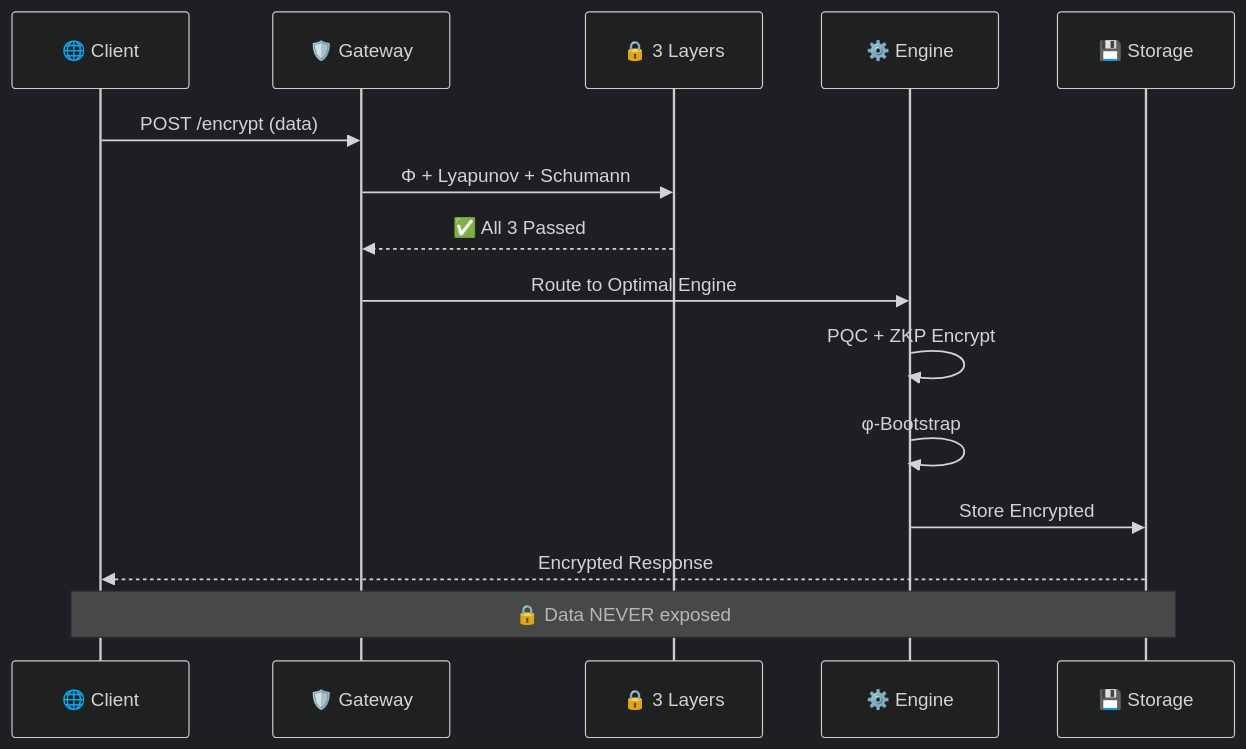
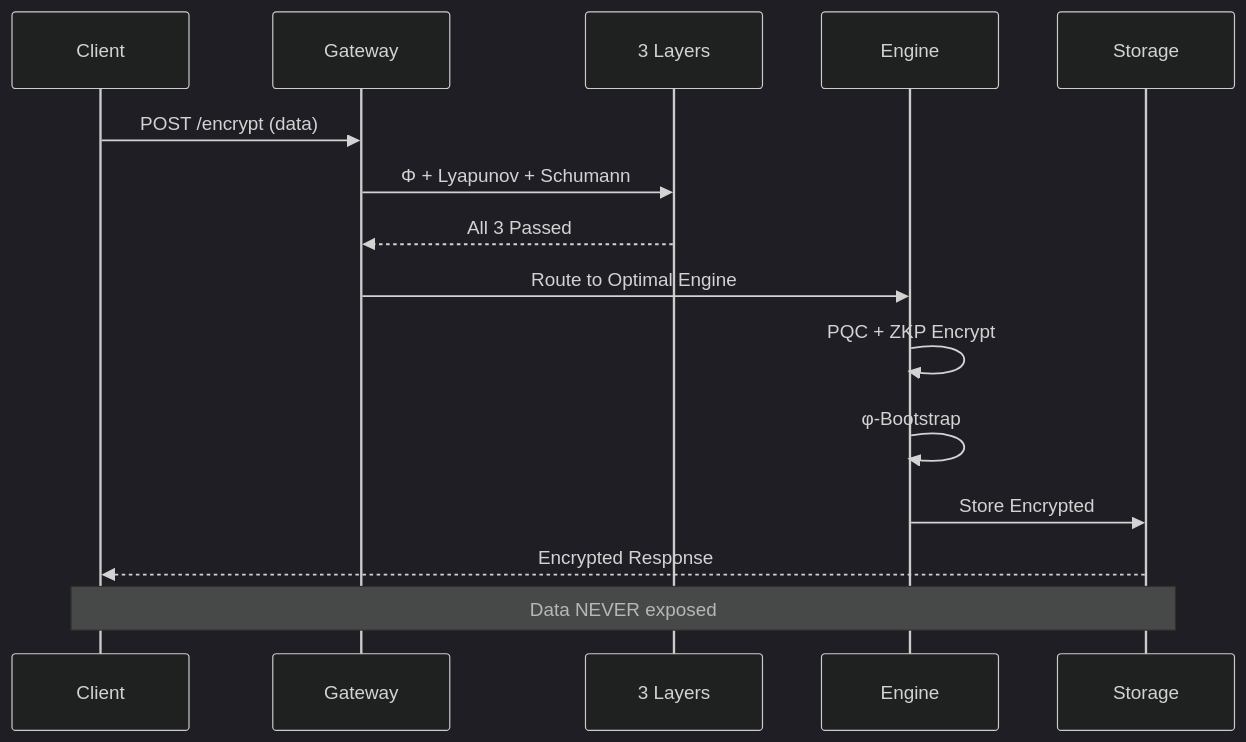
One commit to primordialomegazero/BeyondYourComprehensionFHE changed the second of 2 diagrams in README.md. Above: the diagram before and after it, drawn with Mermaid. The commit also changed other lines of this file, not shown here.

Commit message:
docs: Remove all emojis, update TPS to 10.2M actual FHE benchmark results

````diff
--- a/README.md
+++ b/README.md
@@ -45,20 +45,20 @@
 ```mermaid
 %%{init: {'theme': 'dark', 'themeVariables': {'primaryColor':'#e94560','primaryTextColor':'#000','primaryBorderColor':'#ff6b8a','lineColor':'#ff6b8a'}}}%%
 sequenceDiagram
-    participant C as 🌐 Client
-    participant G as 🛡️ Gateway
-    participant L as 🔒 3 Layers
-    participant E as ⚙️ Engine
-    participant S as 💾 Storage
+    participant C as  Client
+    participant G as  Gateway
+    participant L as  3 Layers
+    participant E as  Engine
+    participant S as  Storage
 
     C->>G: POST /encrypt (data)
     G->>L: Φ + Lyapunov + Schumann
-    L-->>G: ✅ All 3 Passed
+    L-->>G:  All 3 Passed
     G->>E: Route to Optimal Engine
     E->>E: PQC + ZKP Encrypt
     E->>E: φ-Bootstrap
     E->>S: Store Encrypted
     S-->>C: Encrypted Response
     
-    Note over C,S: 🔒 Data NEVER exposed
+    Note over C,S:  Data NEVER exposed
 ```
````
